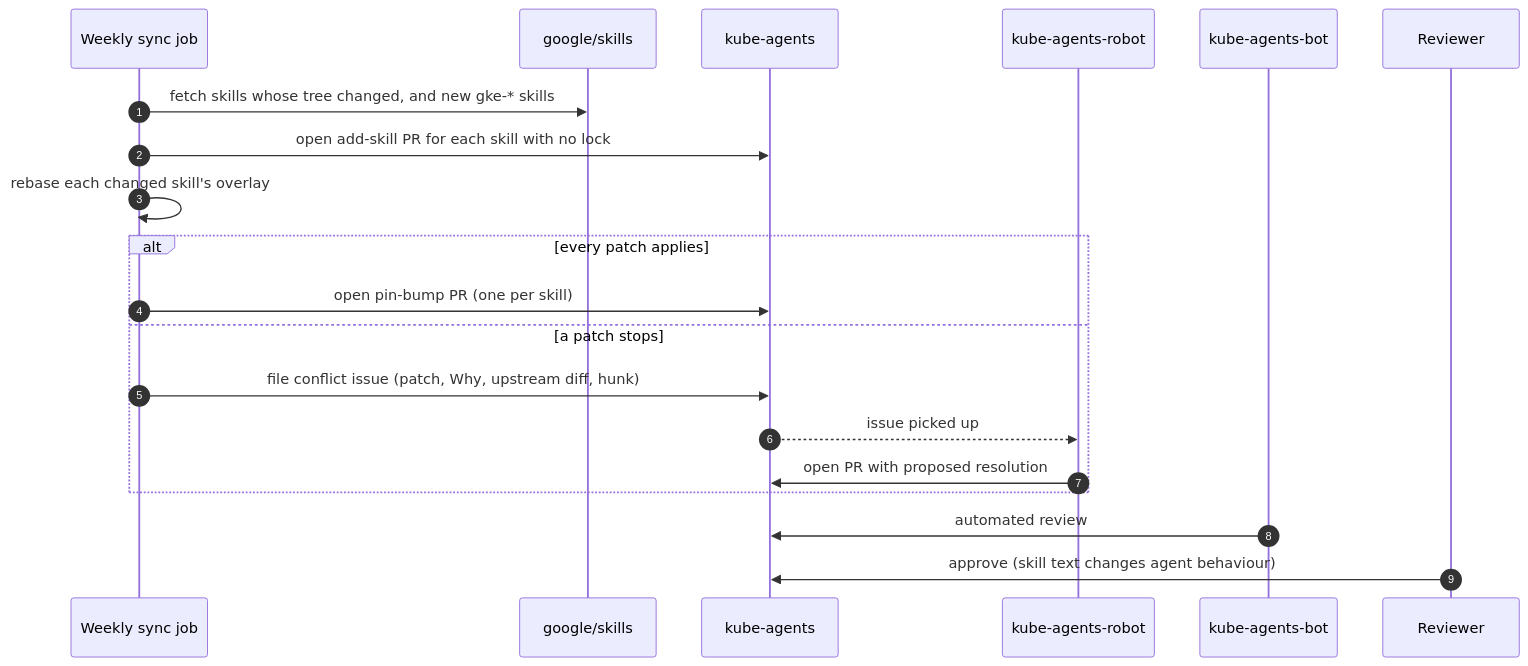
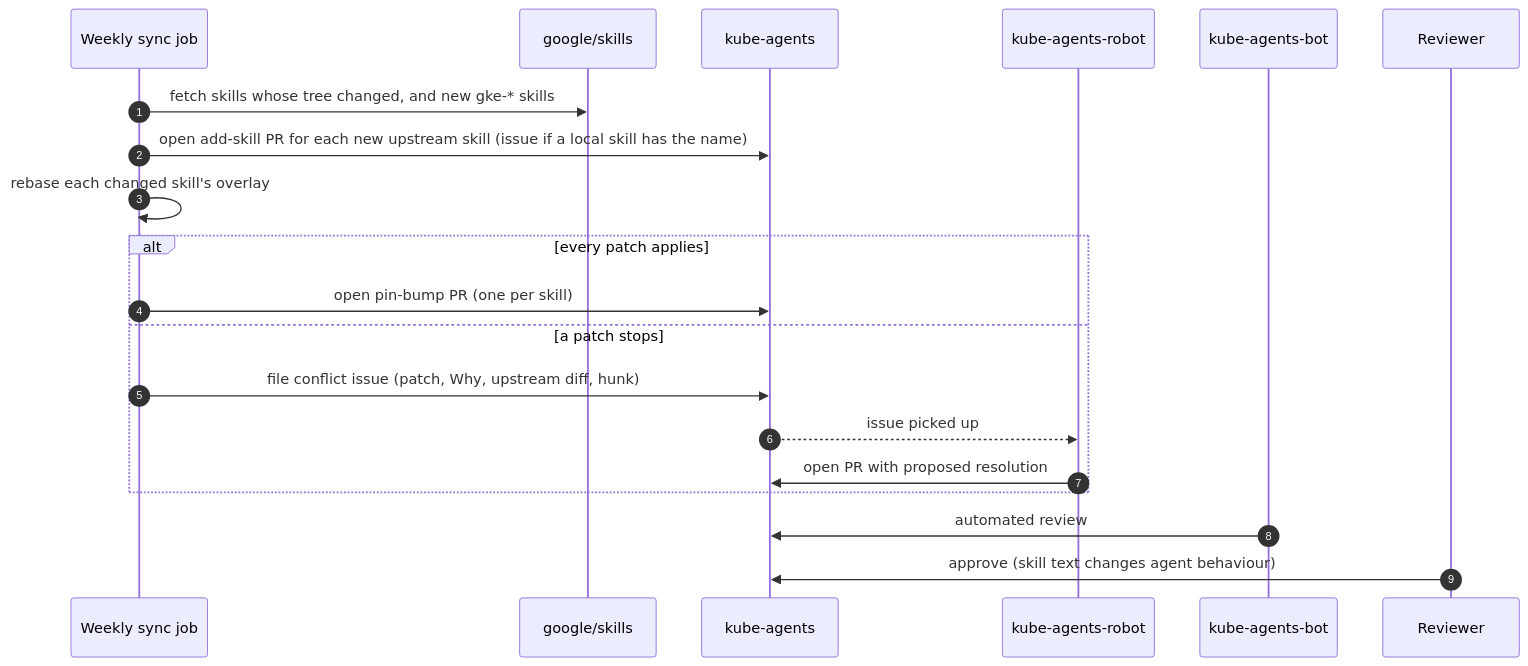
The sixth of 6 diagrams in docs/designs/upstream-skill-overlays.md (Fuxiao-Gao/kube-agents), drawn with Mermaid before and after one commit. The commit also changed other lines of this file, not shown here.

Commit message:
docs(designs): guard the upstream copy, local skills, and upstream name collisions

````diff
--- a/docs/designs/upstream-skill-overlays.md
+++ b/docs/designs/upstream-skill-overlays.md
@@ -348,23 +378,23 @@
 ```mermaid
 sequenceDiagram
     autonumber
     participant Cron as Weekly sync job
     participant Up as google/skills
     participant Repo as kube-agents
     participant Robot as kube-agents-robot
     participant Bot as kube-agents-bot
     participant Human as Reviewer
 
     Cron->>Up: fetch skills whose tree changed, and new gke-* skills
-    Cron->>Repo: open add-skill PR for each skill with no lock
+    Cron->>Repo: open add-skill PR for each new upstream skill (issue if a local skill has the name)
     Cron->>Cron: rebase each changed skill's overlay
     alt every patch applies
         Cron->>Repo: open pin-bump PR (one per skill)
     else a patch stops
         Cron->>Repo: file conflict issue (patch, Why, upstream diff, hunk)
         Repo-->>Robot: issue picked up
         Robot->>Repo: open PR with proposed resolution
     end
     Bot->>Repo: automated review
     Human->>Repo: approve (skill text changes agent behaviour)
 ```
````
